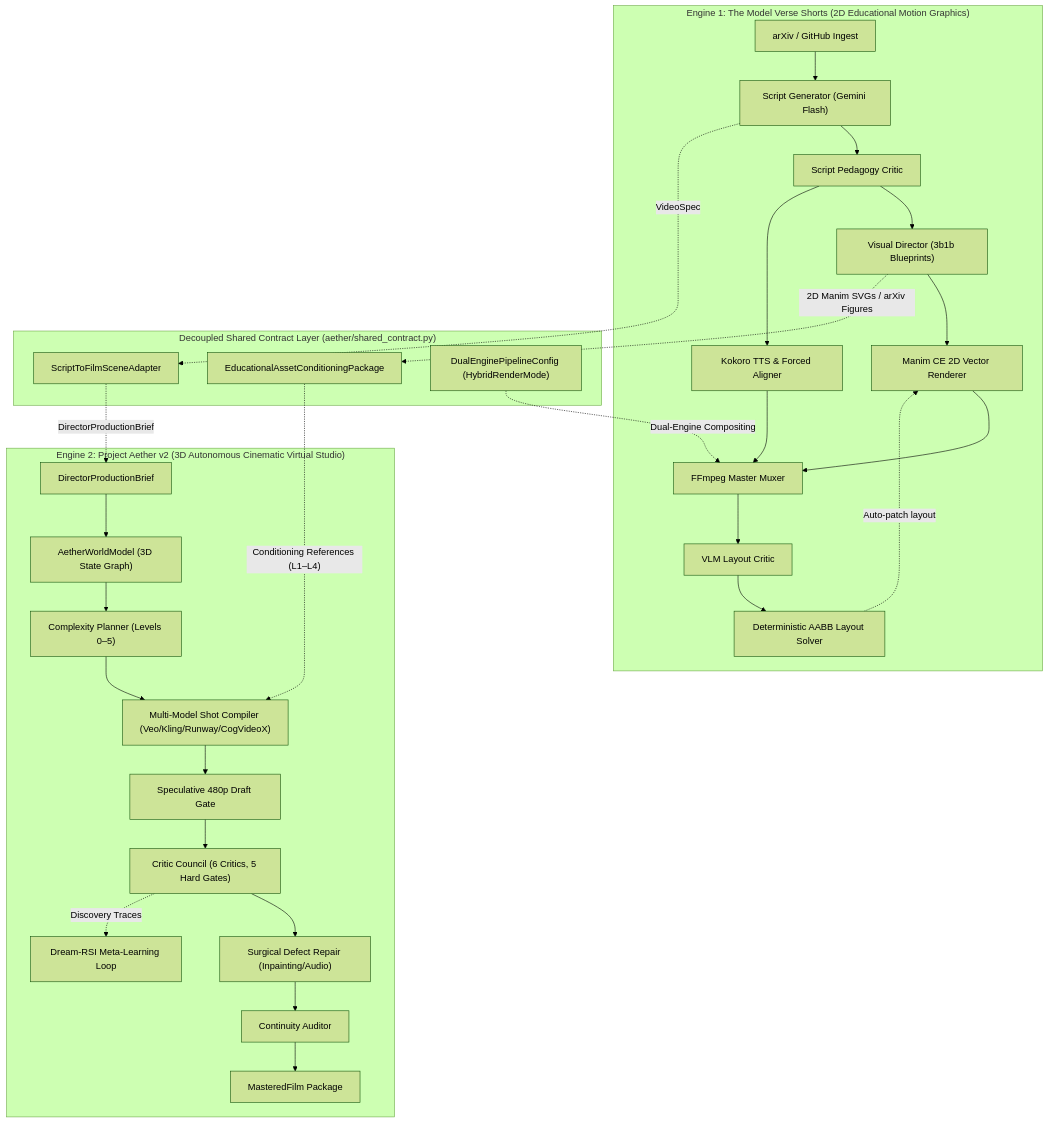
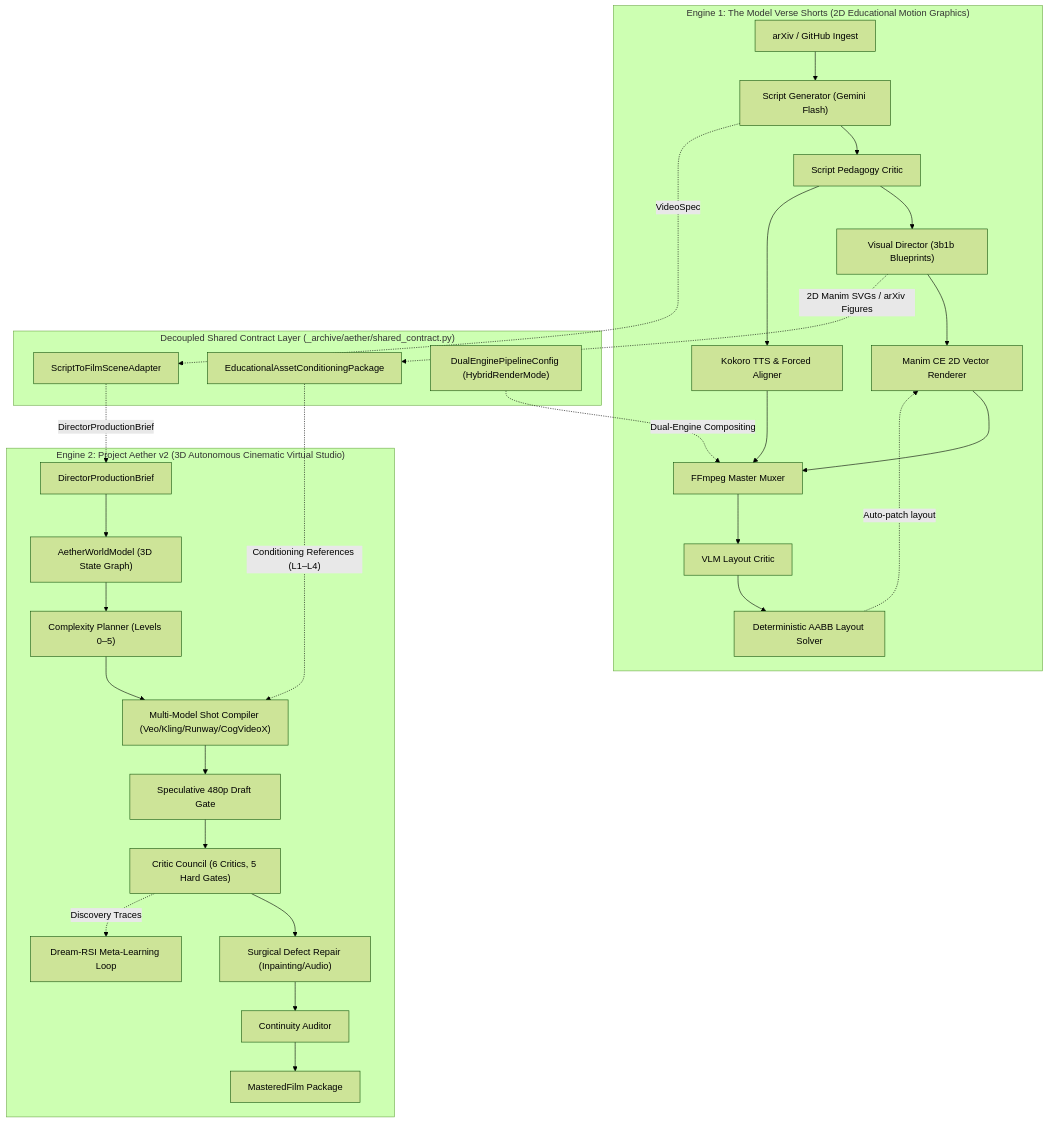
Before and after one commit to Amankumar006/Automated-video-Generation: the diagram in ARCHITECTURE.md, drawn with Mermaid (forest theme). The commit also changed other lines of this file and 21 other files, not shown here.

````diff
--- a/ARCHITECTURE.md
+++ b/ARCHITECTURE.md
@@ -12,39 +12,39 @@
 ```mermaid
 flowchart TD
     subgraph Engine_1 ["Engine 1: The Model Verse Shorts (2D Educational Motion Graphics)"]
         Ingest["arXiv / GitHub Ingest"] --> ScriptGen["Script Generator (Gemini Flash)"]
         ScriptGen --> ScriptCritic["Script Pedagogy Critic"]
         ScriptCritic --> VisualDir["Visual Director (3b1b Blueprints)"]
         VisualDir --> ManimEngine["Manim CE 2D Vector Renderer"]
         ScriptCritic --> AudioSynth["Kokoro TTS & Forced Aligner"]
         ManimEngine --> Muxer["FFmpeg Master Muxer"]
         AudioSynth --> Muxer
         Muxer --> VLMCritic["VLM Layout Critic"]
         VLMCritic --> LayoutSolver["Deterministic AABB Layout Solver"]
         LayoutSolver -. "Auto-patch layout" .-> ManimEngine
     end
 
-    subgraph Shared_Layer ["Decoupled Shared Contract Layer (aether/shared_contract.py)"]
+    subgraph Shared_Layer ["Decoupled Shared Contract Layer (_archive/aether/shared_contract.py)"]
         ScriptAdapter["ScriptToFilmSceneAdapter"]
         AssetPkg["EducationalAssetConditioningPackage"]
         HybridCfg["DualEnginePipelineConfig (HybridRenderMode)"]
     end
 
     subgraph Engine_2 ["Engine 2: Project Aether v2 (3D Autonomous Cinematic Virtual Studio)"]
         Brief["DirectorProductionBrief"] --> WorldModel["AetherWorldModel (3D State Graph)"]
         WorldModel --> CompPlanner["Complexity Planner (Levels 0–5)"]
         CompPlanner --> ShotComp["Multi-Model Shot Compiler (Veo/Kling/Runway/CogVideoX)"]
         ShotComp --> SpecDraft["Speculative 480p Draft Gate"]
         SpecDraft --> Council["Critic Council (6 Critics, 5 Hard Gates)"]
         Council --> Repair["Surgical Defect Repair (Inpainting/Audio)"]
         Repair --> ContinAudit["Continuity Auditor"]
         ContinAudit --> MasterFilm["MasteredFilm Package"]
         Council -. "Discovery Traces" .-> Teacher["Dream-RSI Meta-Learning Loop"]
     end
 
     ScriptGen -. "VideoSpec" .-> ScriptAdapter
     ScriptAdapter -. "DirectorProductionBrief" .-> Brief
     VisualDir -. "2D Manim SVGs / arXiv Figures" .-> AssetPkg
     AssetPkg -. "Conditioning References (L1–L4)" .-> ShotComp
     HybridCfg -. "Dual-Engine Compositing" .-> Muxer
 ```
````
